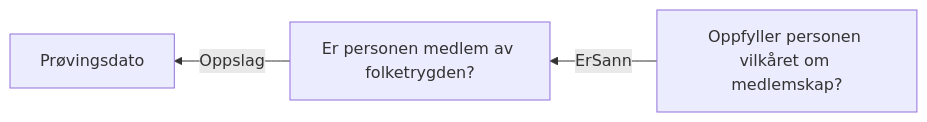
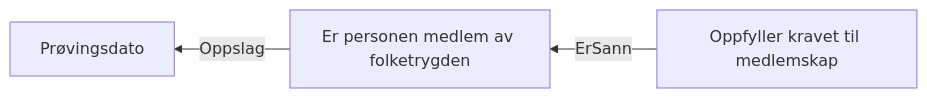
One commit to navikt/dp-vedtak changed the diagram in docs/regler/§ 4-2. Medlemskap.approved.md. Above: the diagram before and after it, drawn with Mermaid. The commit also changed 12 other files, not shown here.

````diff
--- a/docs/regler/§ 4-2. Medlemskap.approved.md
+++ b/docs/regler/§ 4-2. Medlemskap.approved.md
@@ -5,5 +5,5 @@
 ```mermaid
 graph RL
-  A["Er personen medlem av folketrygden?"] -->|"Oppslag"| B["Prøvingsdato"]
-  C["Oppfyller personen vilkåret om medlemskap?"] -->|"ErSann"| A["Er personen medlem av folketrygden?"]
+  A["Er personen medlem av folketrygden"] -->|"Oppslag"| B["Prøvingsdato"]
+  C["Oppfyller kravet til medlemskap"] -->|"ErSann"| A["Er personen medlem av folketrygden"]
 ```
````
